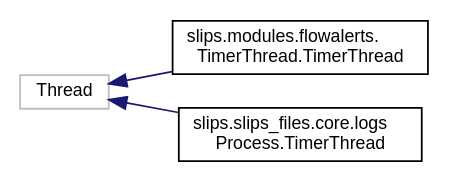
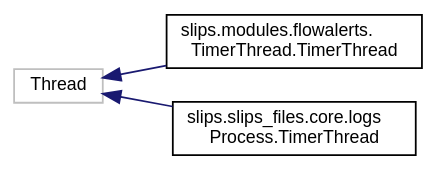
One commit to stratosphereips/StratosphereLinuxIPS changed the diagram in docs/inherit_graph_5.dot. Above: the diagram before and after it, drawn with Graphviz. The commit also changed 345 other files, not shown here.

```diff
--- a/docs/inherit_graph_5.dot
+++ b/docs/inherit_graph_5.dot
@@ -1,12 +1,13 @@
 digraph "Graphical Class Hierarchy"
 {
  // LATEX_PDF_SIZE
+  bgcolor="transparent";
   edge [fontname="Helvetica",fontsize="10",labelfontname="Helvetica",labelfontsize="10"];
   node [fontname="Helvetica",fontsize="10",shape=record];
   rankdir="LR";
-  Node4 [label="Thread",height=0.2,width=0.4,color="grey75", fillcolor="white", style="filled",tooltip=" "];
+  Node4 [label="Thread",height=0.2,width=0.4,color="grey75",tooltip=" "];
   Node4 -> Node0 [dir="back",color="midnightblue",fontsize="10",style="solid",fontname="Helvetica"];
-  Node0 [label="slips.modules.flowalerts.\lTimerThread.TimerThread",height=0.2,width=0.4,color="black", fillcolor="white", style="filled",URL="$da/d75/classslips_1_1modules_1_1flowalerts_1_1TimerThread_1_1TimerThread.html",tooltip=" "];
+  Node0 [label="slips.modules.flowalerts.\lTimerThread.TimerThread",height=0.2,width=0.4,color="black",URL="$d8/de3/classslips_1_1modules_1_1flowalerts_1_1_timer_thread_1_1_timer_thread.html",tooltip=" "];
   Node4 -> Node6 [dir="back",color="midnightblue",fontsize="10",style="solid",fontname="Helvetica"];
-  Node6 [label="slips.slips_files.core.logs\lProcess.TimerThread",height=0.2,width=0.4,color="black", fillcolor="white", style="filled",URL="$d5/d3e/classslips_1_1slips__files_1_1core_1_1logsProcess_1_1TimerThread.html",tooltip=" "];
+  Node6 [label="slips.slips_files.core.logs\lProcess.TimerThread",height=0.2,width=0.4,color="black",URL="$df/dbd/classslips_1_1slips__files_1_1core_1_1logs_process_1_1_timer_thread.html",tooltip=" "];
 }
```
